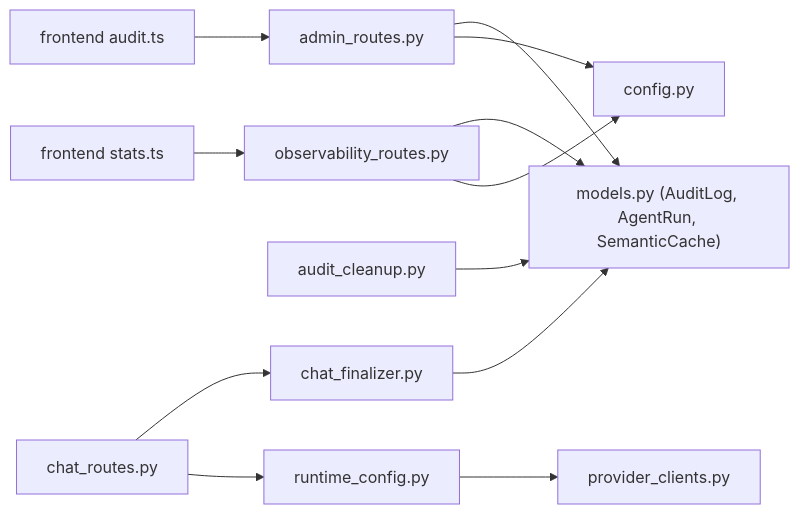
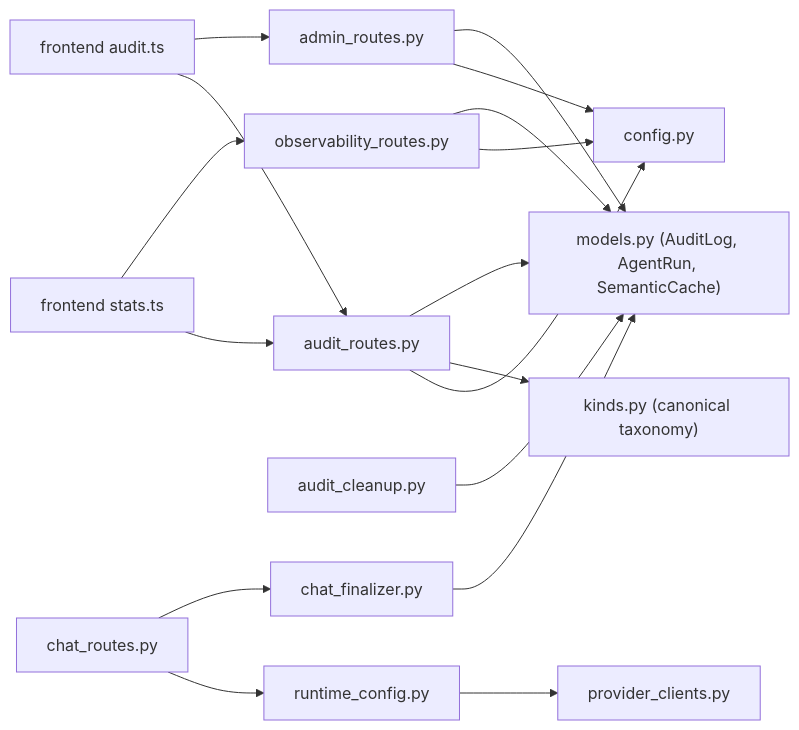
Before and after one commit to genes8/private-ai: the tenth of 12 diagrams in .qoder/repowiki/en/content/API Reference/Administrative API/Audit and Monitoring API.md, drawn with Mermaid. The commit also changed other lines of this file and 36 other files, not shown here.

````diff
--- a/.qoder/repowiki/en/content/API Reference/Administrative API/Audit and Monitoring API.md
+++ b/.qoder/repowiki/en/content/API Reference/Administrative API/Audit and Monitoring API.md
@@ -380,14 +554,19 @@
 ```mermaid
 graph LR
 AR["admin_routes.py"] --> M["models.py (AuditLog, AgentRun, SemanticCache)"]
 OR["observability_routes.py"] --> M
+AUDR["audit_routes.py"] --> M
+AUDR --> KINDS["kinds.py (canonical taxonomy)"]
 AR --> CFG["config.py"]
 OR --> CFG
+AUDR --> CFG
 FE_AUD["frontend audit.ts"] --> AR
+FE_AUD --> AUDR
 FE_STS["frontend stats.ts"] --> OR
+FE_STS --> AUDR
 CLEAN["audit_cleanup.py"] --> M
 CR["chat_routes.py"] --> CF["chat_finalizer.py"]
 CR --> RC["runtime_config.py"]
 CF --> M
 RC --> PC["provider_clients.py"]
 ```
````
